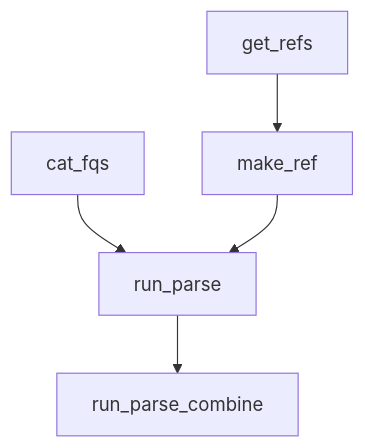
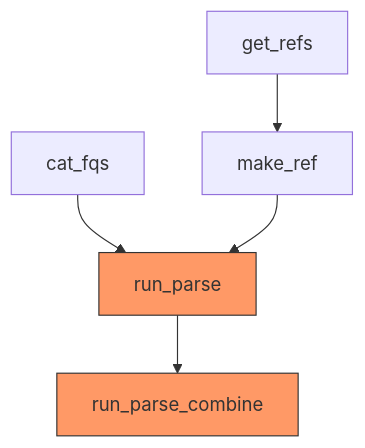
Before and after one commit to Dazcam/eQTL_study_2025: the diagram in pipelines/01-parse.qmd, drawn with Mermaid. The commit also changed other lines of this file, not shown here.

````diff
--- a/pipelines/01-parse.qmd
+++ b/pipelines/01-parse.qmd
@@ -11,7 +15,10 @@
 ```{mermaid}
 graph TD
     A[get_refs] --> B[make_ref]
     C[cat_fqs] --> D[run_parse]
     B --> D
     D --> E[run_parse_combine]
+
+    style D fill:#f96,stroke:#333
+    style E fill:#f96,stroke:#333
 ```
````
